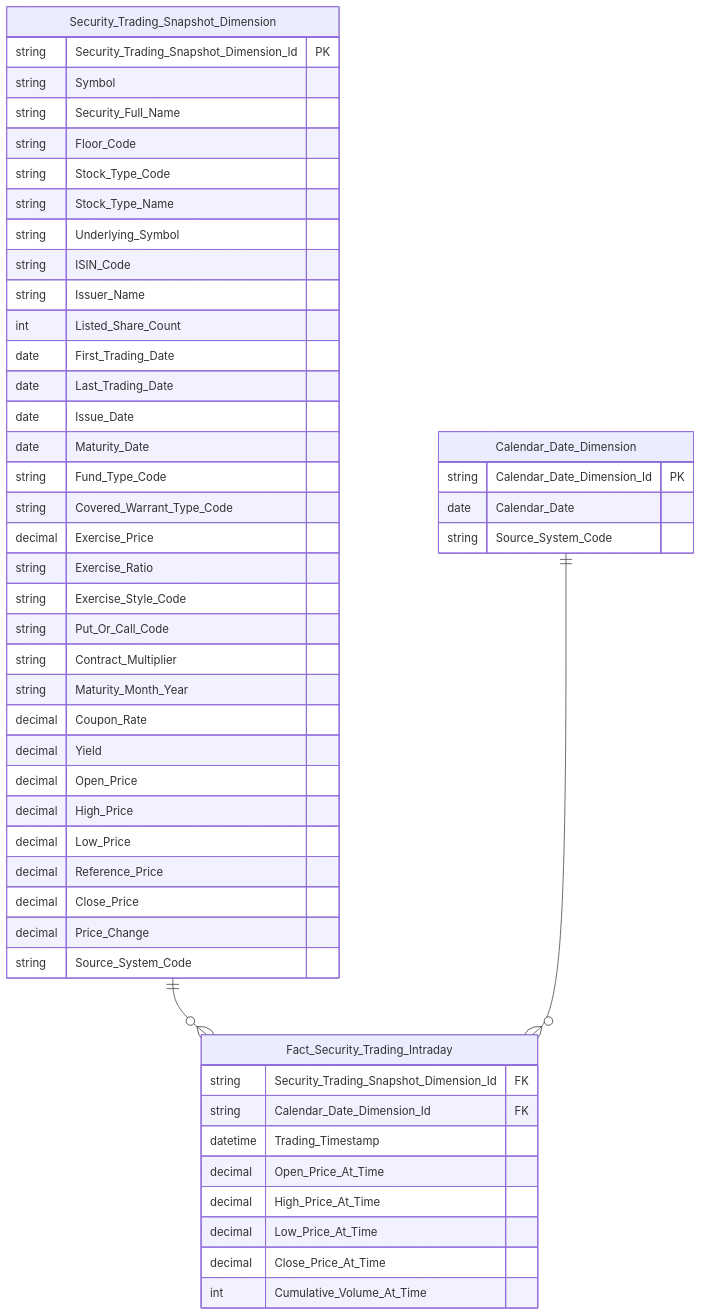
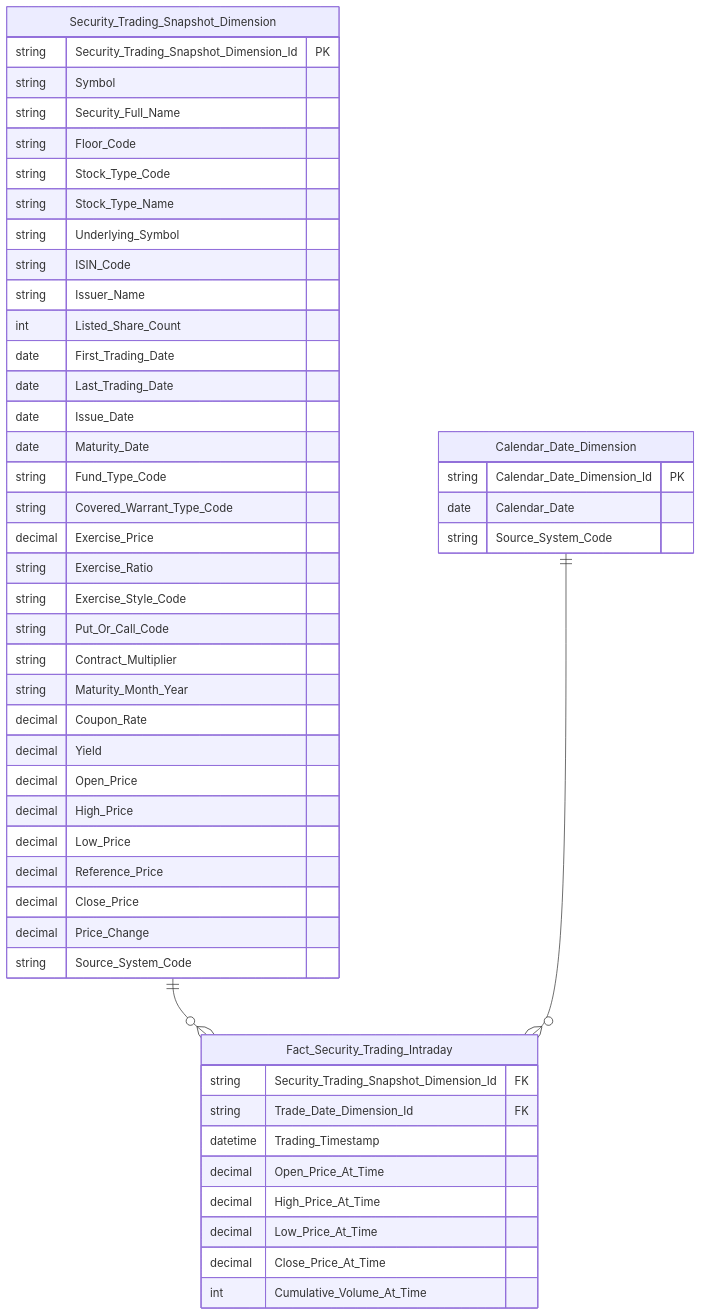
Diagram 37 of 45 in Datamart/hld/DTM_GSTT_HLD.md (linhlvit/ubck_atomic_design), drawn with Mermaid before and after one commit. The commit also changed other lines of this file and 9 other files, not shown here.

````diff
--- a/Datamart/hld/DTM_GSTT_HLD.md
+++ b/Datamart/hld/DTM_GSTT_HLD.md
@@ -2007,53 +2012,53 @@
 ```mermaid
 erDiagram
     Security_Trading_Snapshot_Dimension {
         string Security_Trading_Snapshot_Dimension_Id PK
         string Symbol
         string Security_Full_Name
         string Floor_Code
         string Stock_Type_Code
         string Stock_Type_Name
         string Underlying_Symbol
         string ISIN_Code
         string Issuer_Name
         int Listed_Share_Count
         date First_Trading_Date
         date Last_Trading_Date
         date Issue_Date
         date Maturity_Date
         string Fund_Type_Code
         string Covered_Warrant_Type_Code
         decimal Exercise_Price
         string Exercise_Ratio
         string Exercise_Style_Code
         string Put_Or_Call_Code
         string Contract_Multiplier
         string Maturity_Month_Year
         decimal Coupon_Rate
         decimal Yield
         decimal Open_Price
         decimal High_Price
         decimal Low_Price
         decimal Reference_Price
         decimal Close_Price
         decimal Price_Change
         string Source_System_Code
     }
     Calendar_Date_Dimension {
         string Calendar_Date_Dimension_Id PK
         date Calendar_Date
         string Source_System_Code
     }
     Fact_Security_Trading_Intraday {
         string Security_Trading_Snapshot_Dimension_Id FK
-        string Calendar_Date_Dimension_Id FK
+        string Trade_Date_Dimension_Id FK
         datetime Trading_Timestamp
         decimal Open_Price_At_Time
         decimal High_Price_At_Time
         decimal Low_Price_At_Time
         decimal Close_Price_At_Time
         int Cumulative_Volume_At_Time
     }
     Security_Trading_Snapshot_Dimension ||--o{ Fact_Security_Trading_Intraday : " "
     Calendar_Date_Dimension ||--o{ Fact_Security_Trading_Intraday : " "
 ```
````
